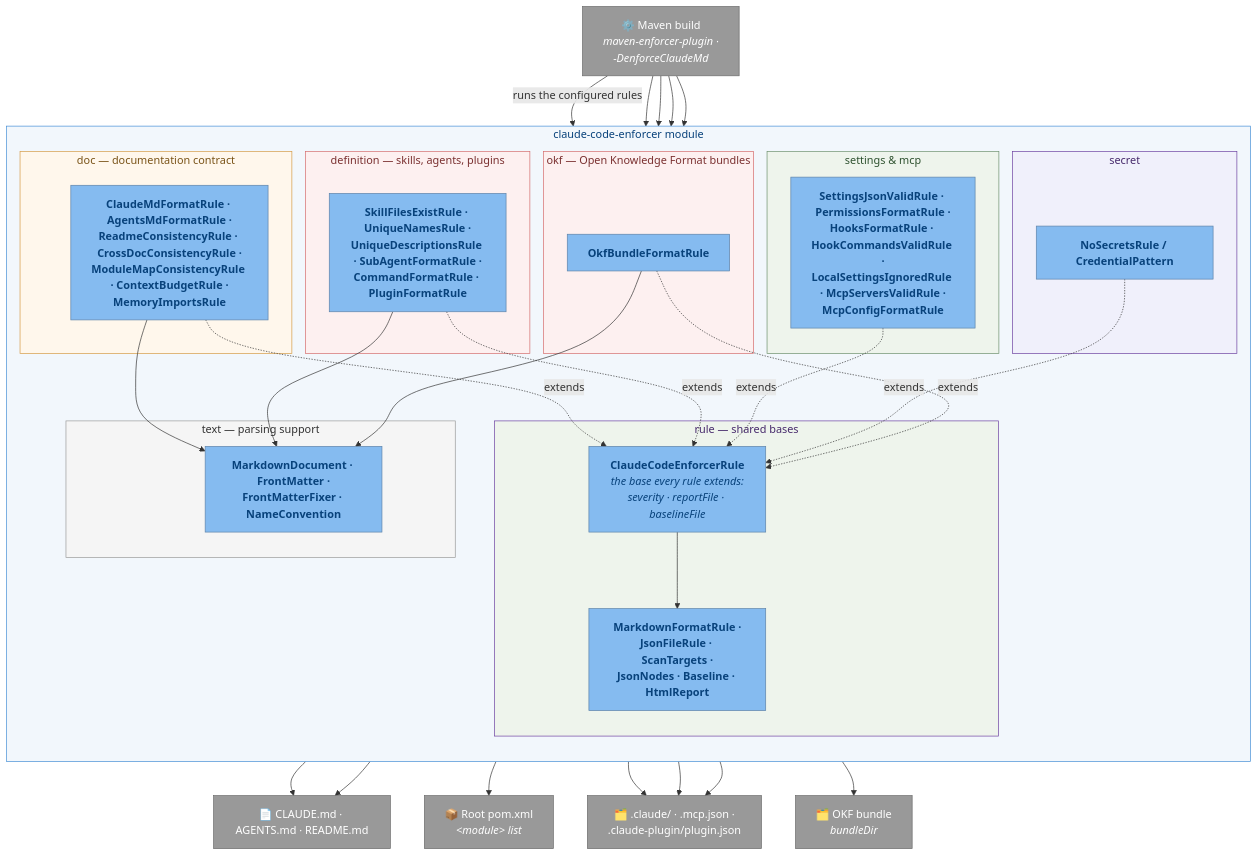
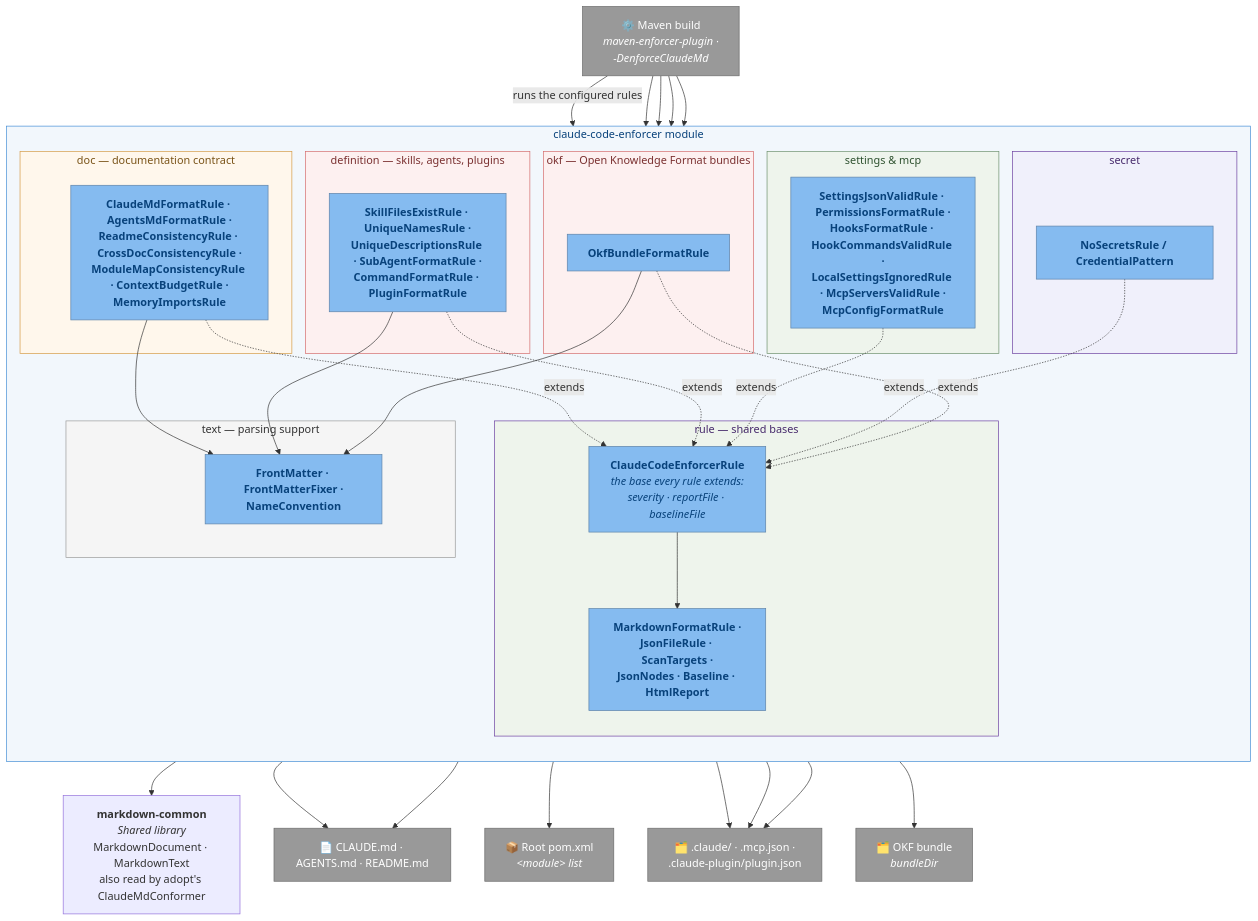
The seventh of 10 diagrams in docs/c4-architecture.md (adamw7/tools), drawn with Mermaid before and after one commit. The commit also changed other lines of this file and 60 other files, not shown here.

First line of the commit message:
refactor(markdown-common): share one Markdown reader between the enforcer and adopt (#584)

````diff
--- a/docs/c4-architecture.md
+++ b/docs/c4-architecture.md
@@ -523,77 +526,80 @@
 ```mermaid
 flowchart TB
     build["⚙️ Maven build<br/><i>maven-enforcer-plugin ·<br/>-DenforceClaudeMd</i>"]
 
     subgraph enforcer ["claude-code-enforcer module"]
         direction TB
 
         subgraph base ["rule — shared bases"]
             entry["<b>ClaudeCodeEnforcerRule</b><br/><i>the base every rule extends:<br/>severity · reportFile · baselineFile</i>"]
             bases["<b>MarkdownFormatRule ·<br/>JsonFileRule · ScanTargets ·<br/>JsonNodes · Baseline · HtmlReport</b>"]
         end
 
         subgraph docRules ["doc — documentation contract"]
             docs["<b>ClaudeMdFormatRule · AgentsMdFormatRule ·<br/>ReadmeConsistencyRule · CrossDocConsistencyRule ·<br/>ModuleMapConsistencyRule · ContextBudgetRule ·<br/>MemoryImportsRule</b>"]
         end
 
         subgraph defRules ["definition — skills, agents, plugins"]
             defs["<b>SkillFilesExistRule · UniqueNamesRule ·<br/>UniqueDescriptionsRule · SubAgentFormatRule ·<br/>CommandFormatRule · PluginFormatRule</b>"]
         end
 
         subgraph setRules ["settings &amp; mcp"]
             sets["<b>SettingsJsonValidRule · PermissionsFormatRule ·<br/>HooksFormatRule · HookCommandsValidRule ·<br/>LocalSettingsIgnoredRule · McpServersValidRule ·<br/>McpConfigFormatRule</b>"]
         end
 
         subgraph secRules ["secret"]
             secrets["<b>NoSecretsRule / CredentialPattern</b>"]
         end
 
         subgraph okfRules ["okf — Open Knowledge Format bundles"]
             okf["<b>OkfBundleFormatRule</b>"]
         end
 
         subgraph textSupport ["text — parsing support"]
-            text["<b>MarkdownDocument · FrontMatter ·<br/>FrontMatterFixer · NameConvention</b>"]
+            text["<b>FrontMatter · FrontMatterFixer ·<br/>NameConvention</b>"]
         end
     end
+
+    markdown["<b>markdown-common</b><br/><i>Shared library</i><br/>MarkdownDocument · MarkdownText<br/>also read by adopt's ClaudeMdConformer"]
+    text --> markdown
 
     docsFiles["📄 CLAUDE.md · AGENTS.md · README.md"]
     config["🗂️ .claude/ · .mcp.json ·<br/>.claude-plugin/plugin.json"]
     pom["📦 Root pom.xml<br/><i>&lt;module&gt; list</i>"]
     bundle["🗂️ OKF bundle<br/><i>bundleDir</i>"]
 
     build -->|"runs the configured rules"| docs
     build --> defs
     build --> sets
     build --> secrets
     build --> okf
     docs -.->|"extends"| entry
     defs -.->|"extends"| entry
     sets -.->|"extends"| entry
     secrets -.->|"extends"| entry
     okf -.->|"extends"| entry
     entry --> bases
     docs --> text
     defs --> text
     okf --> text
     docs --> docsFiles
     docs --> pom
     defs --> config
     sets --> config
     secrets --> config
     secrets --> docsFiles
     okf --> bundle
 
     classDef comp fill:#85bbf0,stroke:#5d82a8,color:#08427b
     classDef ext fill:#999999,stroke:#6b6b6b,color:#fff
     class entry,bases,docs,defs,sets,secrets,okf,text comp
     class build,docsFiles,config,pom,bundle ext
     style enforcer fill:#f2f7fc,stroke:#438dd5,color:#08427b
     style base fill:#eef4ec,stroke:#6b3fa0,color:#46296b
     style docRules fill:#fff7ec,stroke:#d59a43,color:#7a5418
     style defRules fill:#fdf0f0,stroke:#d56b6b,color:#7a3030
     style setRules fill:#eef4ec,stroke:#6b8e6b,color:#2f5230
     style secRules fill:#f0f0fb,stroke:#6b3fa0,color:#46296b
     style okfRules fill:#fdf0f0,stroke:#d56b6b,color:#7a3030
     style textSupport fill:#f5f5f5,stroke:#999999,color:#333333
 ```
````
